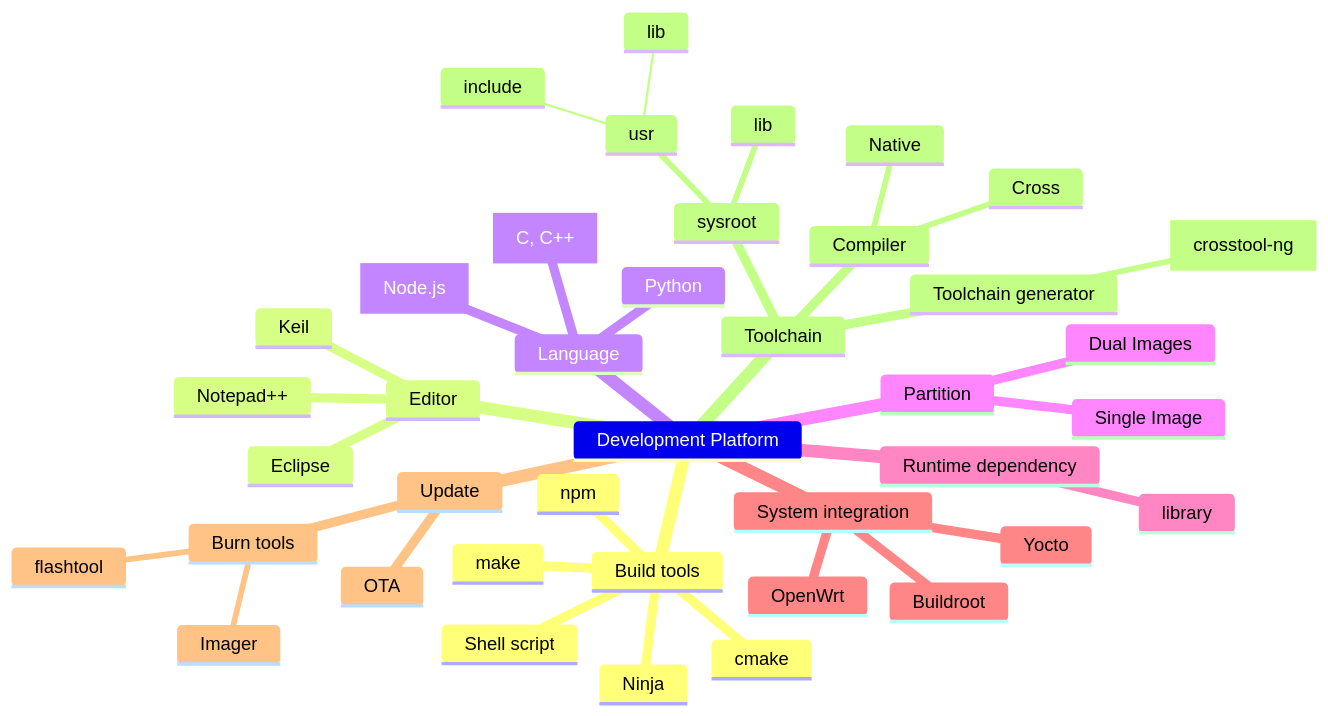
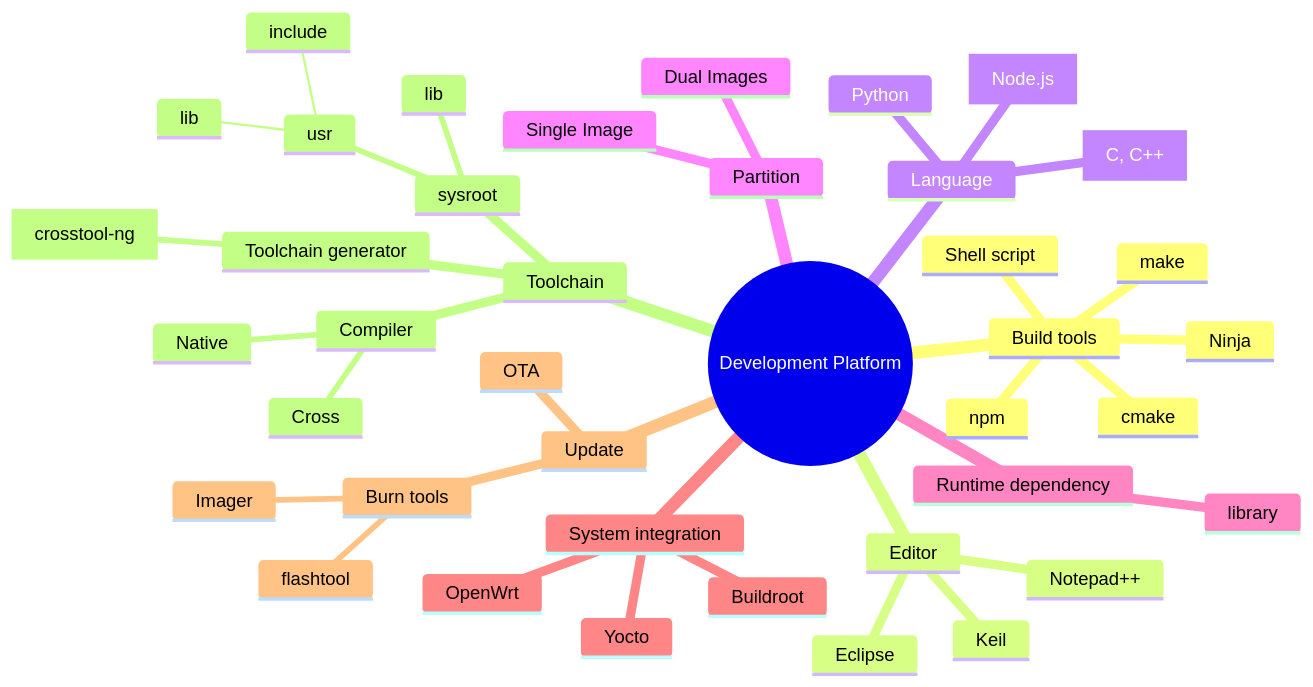
The second of 12 diagrams in README.md (lankahsu520/CrossCompilationX), drawn with Mermaid before and after one commit. The commit also changed other lines of this file, not shown here.

Commit message:
update README.md, add mindmap root(())

````diff
--- a/README.md
+++ b/README.md
@@ -71,43 +71,43 @@
 ```mermaid
 mindmap
-	Development Platform
+	root((Development Platform))
 		Build tools
 			make
 			cmake
 			Shell script
 			Ninja
 			npm
 		Editor
 			Notepad++
 			Keil
 			Eclipse
 		Language
 			C["C, C++"]
 			Node["Node.js"]
 			Python
 		Partition
 			Dual Images
 			Single Image
 		Runtime dependency
 			library
 		System integration
 			Buildroot
 			OpenWrt
 			Yocto
 		Update
 			OTA
 			Burn tools
 				flashtool
 				Imager
 		Toolchain
 			Toolchain generator
 				crosstool[crosstool-ng]
 			Compiler
 				Cross
 				Native
 			sysroot
 				lib
 				usr
 					include
 					lib
 ```
````
